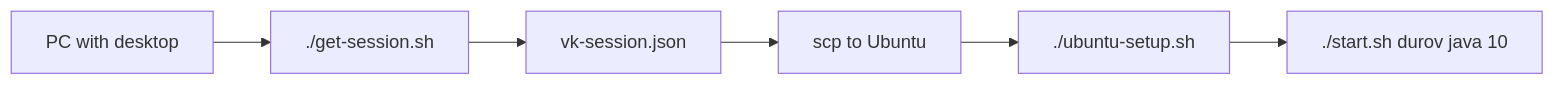
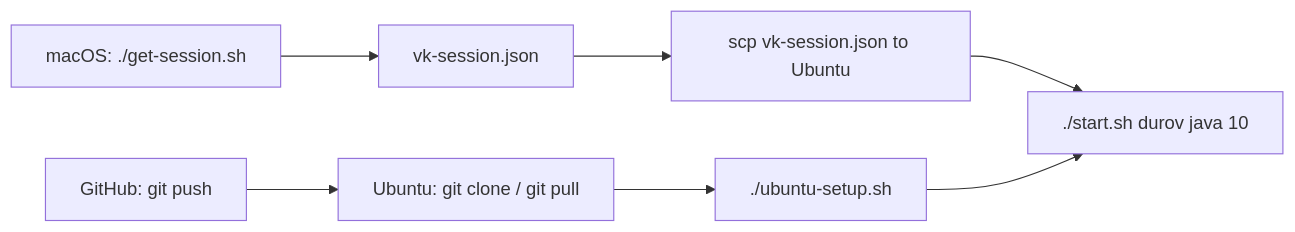
The diagram in README-UBUNTU.md (see1234/VKOnline), drawn with Mermaid before and after one commit. The commit also changed other lines of this file and 1 other file, not shown here.

Commit message:
Update README for GitHub-based Ubuntu flow

````diff
--- a/README-UBUNTU.md
+++ b/README-UBUNTU.md
@@ -59,8 +56,9 @@
 ```mermaid
 flowchart LR
-    A["PC with desktop"] --> B["./get-session.sh"]
-    B --> C["vk-session.json"]
-    C --> D["scp to Ubuntu"]
-    D --> E["./ubuntu-setup.sh"]
-    E --> F["./start.sh durov java 10"]
+    A["macOS: ./get-session.sh"] --> B["vk-session.json"]
+    C["GitHub: git push"] --> D["Ubuntu: git clone / git pull"]
+    B --> E["scp vk-session.json to Ubuntu"]
+    D --> F["./ubuntu-setup.sh"]
+    E --> G["./start.sh durov java 10"]
+    F --> G
 ```
````
